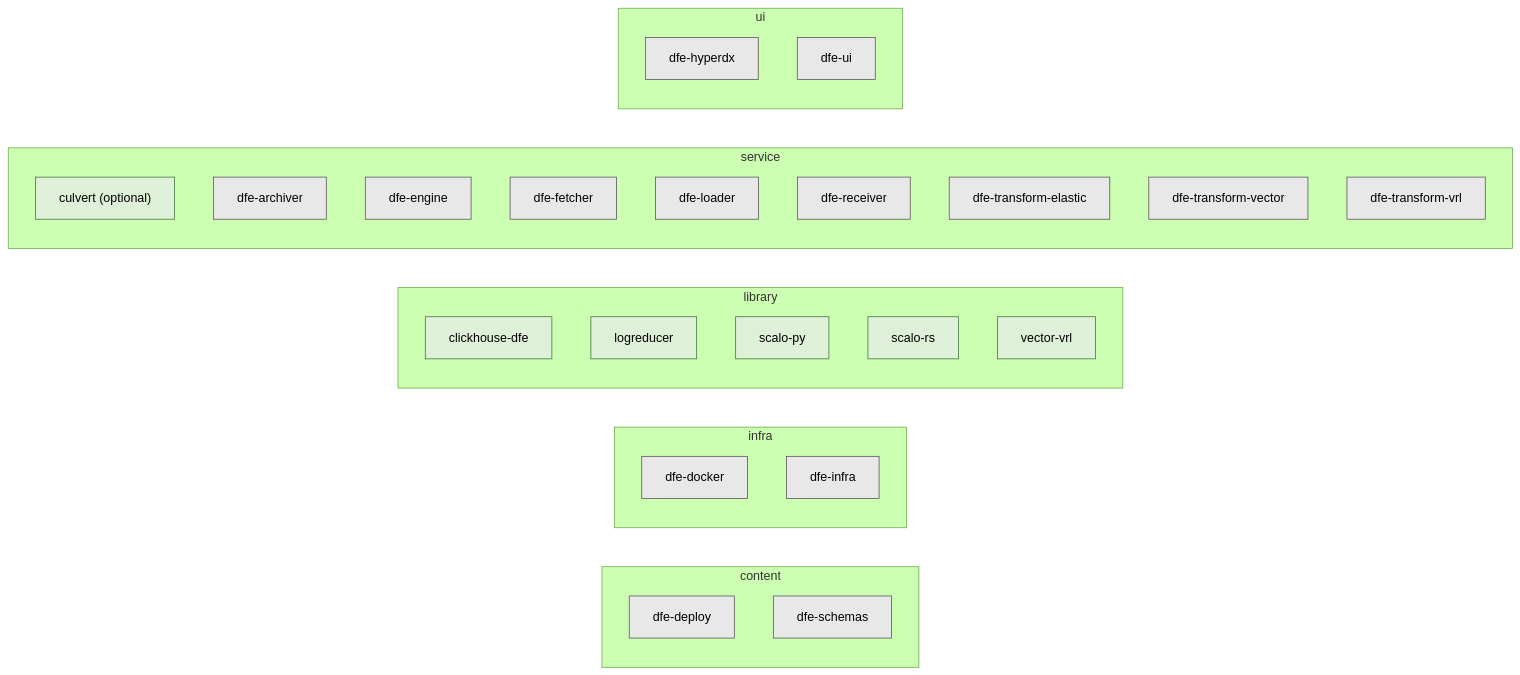
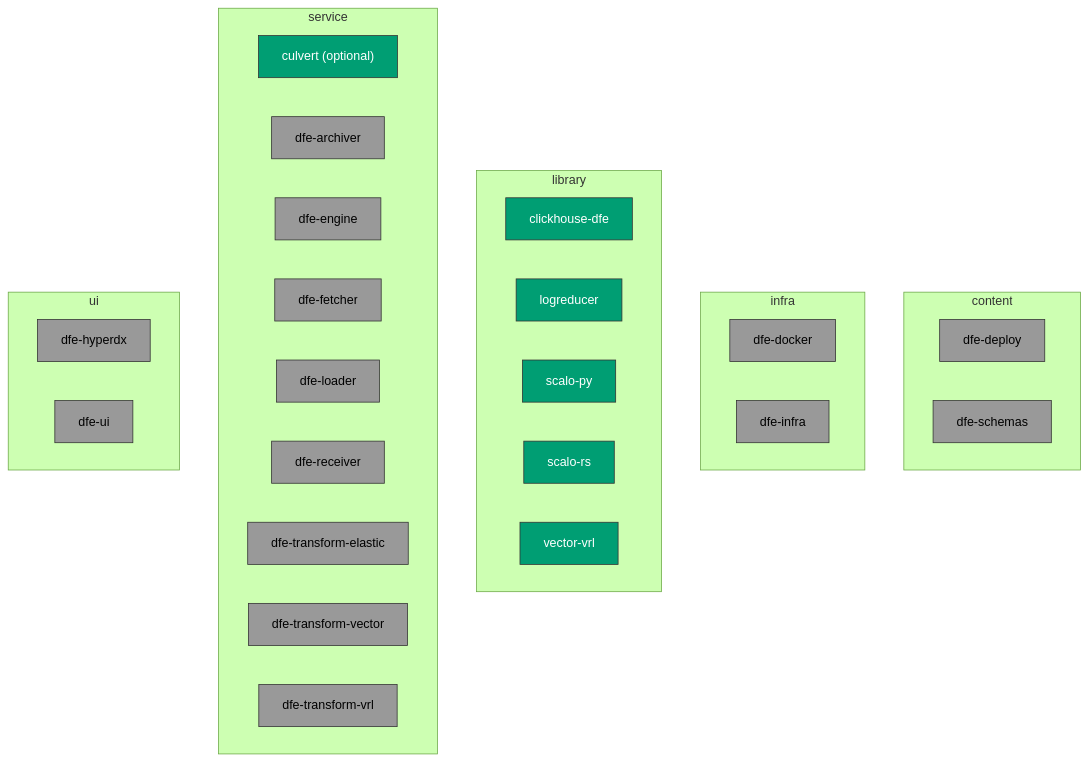
The first of 6 diagrams in docs/suite-graph.md (hyperi-io/dfe-infra), drawn with Mermaid (forest theme) before and after one commit. The commit also changed other lines of this file and 3 other files, not shown here.

First line of the commit message:
fix: diagrams that parse on GitHub and read on its dark theme

````diff
--- a/docs/suite-graph.md
+++ b/docs/suite-graph.md
@@ -50,35 +50,41 @@
 ```mermaid
-flowchart LR
-  subgraph content
+flowchart TB
+  subgraph content["content"]
+    direction LR
     dfe_deploy["dfe-deploy"]:::suite
     dfe_schemas["dfe-schemas"]:::suite
   end
-  subgraph infra
+  subgraph infra["infra"]
+    direction LR
     dfe_docker["dfe-docker"]:::suite
     dfe_infra["dfe-infra"]:::suite
   end
-  subgraph library
+  subgraph library["library"]
+    direction LR
     clickhouse_dfe["clickhouse-dfe"]:::general
     logreducer["logreducer"]:::general
     scalo_py["scalo-py"]:::general
     scalo_rs["scalo-rs"]:::general
     vector_vrl["vector-vrl"]:::general
   end
-  subgraph service
+  subgraph service["service"]
+    direction LR
     culvert["culvert (optional)"]:::general
     dfe_archiver["dfe-archiver"]:::suite
     dfe_engine["dfe-engine"]:::suite
     dfe_fetcher["dfe-fetcher"]:::suite
     dfe_loader["dfe-loader"]:::suite
     dfe_receiver["dfe-receiver"]:::suite
     dfe_transform_elastic["dfe-transform-elastic"]:::suite
     dfe_transform_vector["dfe-transform-vector"]:::suite
     dfe_transform_vrl["dfe-transform-vrl"]:::suite
   end
-  subgraph ui
+  subgraph ui["ui"]
+    direction LR
     dfe_hyperdx["dfe-hyperdx"]:::suite
     dfe_ui["dfe-ui"]:::suite
   end
-  classDef general fill:#dff0d8,stroke:#3c763d
-  classDef suite fill:#e8e8e8,stroke:#555
+  classDef general fill:#009E73,stroke:#333,color:#fff
+  classDef suite fill:#999999,stroke:#333,color:#000
+  classDef producer fill:#E69F00,stroke:#333,color:#000
 ```
````
